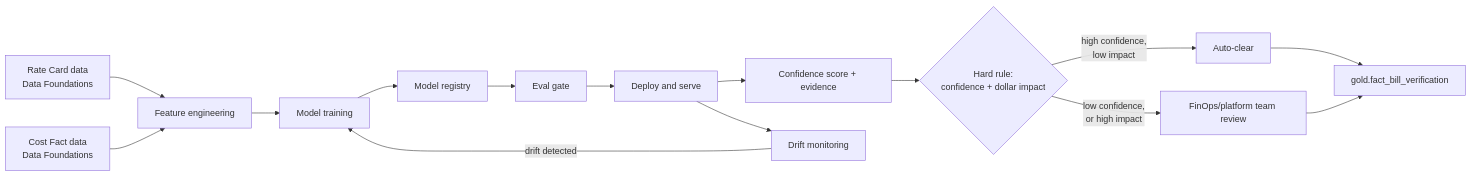
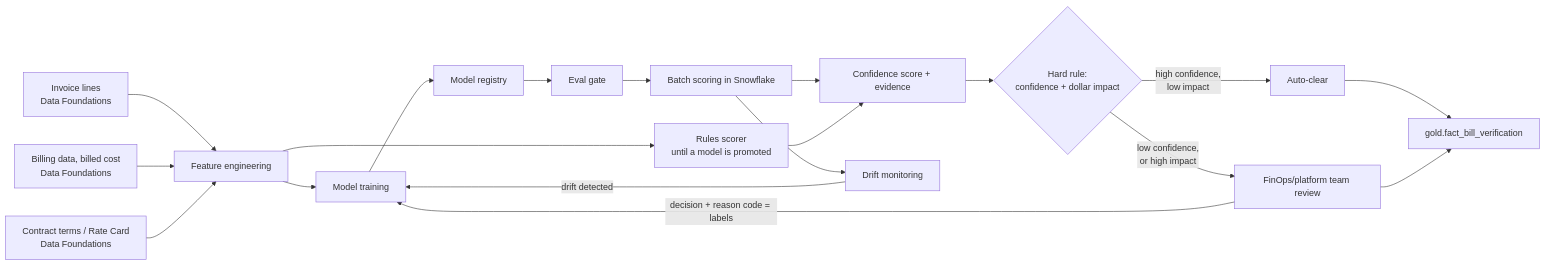
Before and after one commit to mbnest/finops-intelligence-platform: the diagram in docs/Solution_Architecture_Bill_Verification.md, drawn with Mermaid. The commit also changed other lines of this file and 15 other files, not shown here.

First line of the commit message:
Revise architecture docs from review: billing data, ML framing, operating model, rollout, testing, and references

````diff
--- a/docs/Solution_Architecture_Bill_Verification.md
+++ b/docs/Solution_Architecture_Bill_Verification.md
@@ -48,17 +56,21 @@
 ```mermaid
 flowchart LR
-    RC[Rate Card data<br/>Data Foundations] --> FEAT[Feature engineering]
-    COST[Cost Fact data<br/>Data Foundations] --> FEAT
+    INV[Invoice lines<br/>Data Foundations] --> FEAT[Feature engineering]
+    COST[Billing data, billed cost<br/>Data Foundations] --> FEAT
+    RC[Contract terms / Rate Card<br/>Data Foundations] --> FEAT
     FEAT --> TR[Model training]
     TR --> REG[Model registry]
     REG --> EVAL[Eval gate]
-    EVAL --> DEPLOY[Deploy and serve]
+    EVAL --> DEPLOY["Batch scoring in Snowflake"]
     DEPLOY --> SCORE[Confidence score + evidence]
+    FEAT --> RULES["Rules scorer<br/>until a model is promoted"]
+    RULES --> SCORE
+    HUMAN -->|decision + reason code = labels| TR
     SCORE --> ROUTE{Hard rule:<br/>confidence + dollar impact}
     ROUTE -->|high confidence,<br/>low impact| AUTO[Auto-clear]
     ROUTE -->|low confidence,<br/>or high impact| HUMAN["FinOps/platform team review"]
     AUTO --> RESULT[gold.fact_bill_verification]
     HUMAN --> RESULT
     DEPLOY --> MON[Drift monitoring]
     MON -->|drift detected| TR
 ```
````
